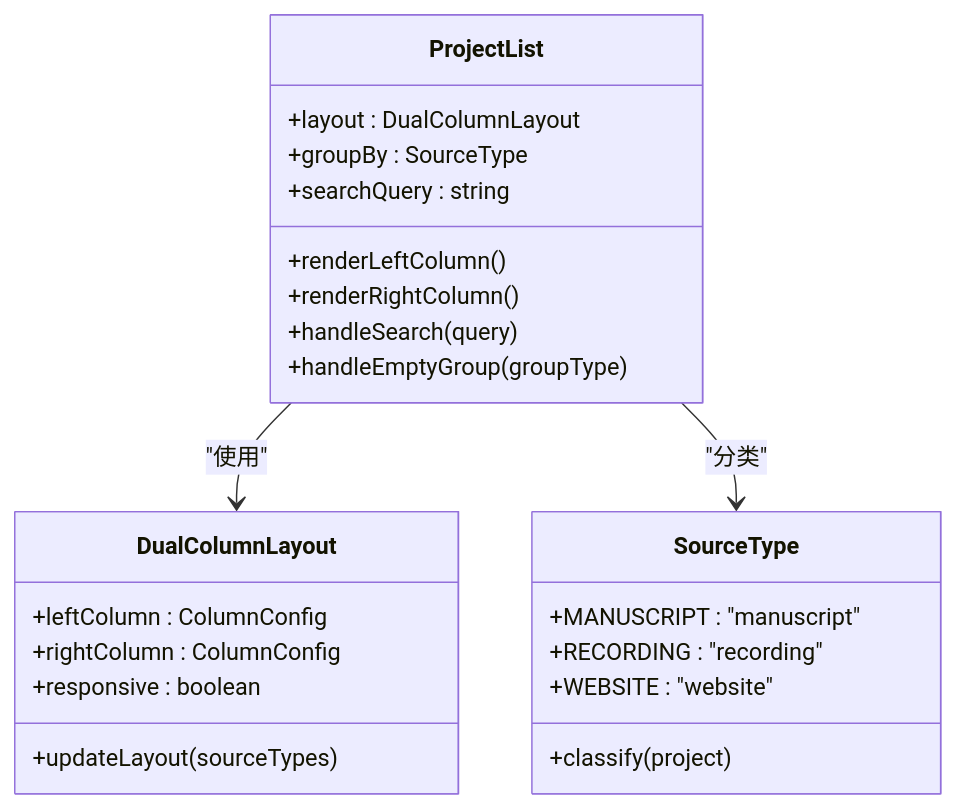
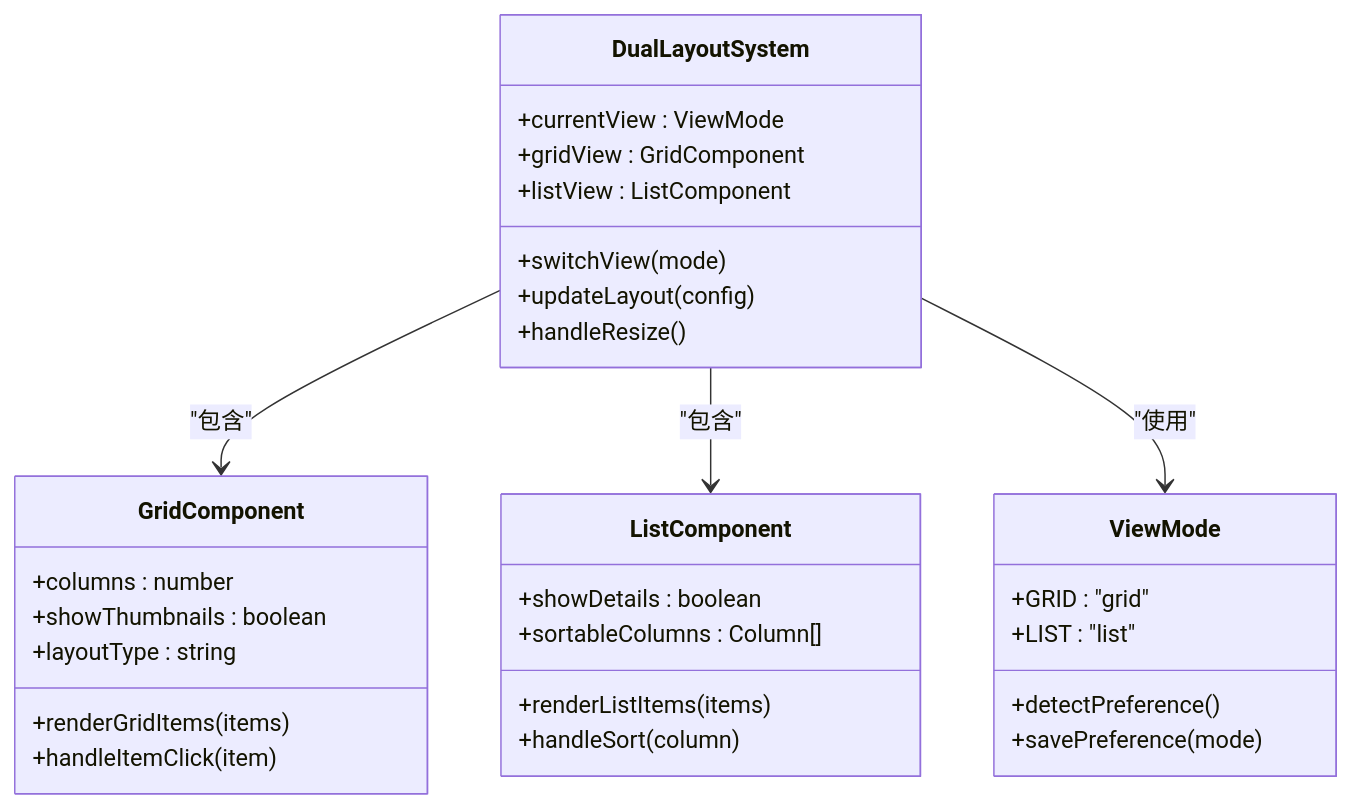
Before and after one commit to scottcwy/PurpleInk: the fourth of 18 diagrams in .qoder/repowiki/zh/content/项目管理/项目管理.md, drawn with Mermaid. The commit also changed other lines of this file and 23 other files, not shown here.

````diff
--- a/.qoder/repowiki/zh/content/项目管理/项目管理.md
+++ b/.qoder/repowiki/zh/content/项目管理/项目管理.md
@@ -227,26 +255,33 @@
 ```mermaid
 classDiagram
-class ProjectList {
-+layout : DualColumnLayout
-+groupBy : SourceType
-+searchQuery : string
-+renderLeftColumn()
-+renderRightColumn()
-+handleSearch(query)
-+handleEmptyGroup(groupType)
+class DualLayoutSystem {
++currentView : ViewMode
++gridView : GridComponent
++listView : ListComponent
++switchView(mode)
++updateLayout(config)
++handleResize()
 }
-class DualColumnLayout {
-+leftColumn : ColumnConfig
-+rightColumn : ColumnConfig
-+responsive : boolean
-+updateLayout(sourceTypes)
+class GridComponent {
++columns : number
++showThumbnails : boolean
++layoutType : string
++renderGridItems(items)
++handleItemClick(item)
 }
-class SourceType {
-+MANUSCRIPT : "manuscript"
-+RECORDING : "recording"
-+WEBSITE : "website"
-+classify(project)
+class ListComponent {
++showDetails : boolean
++sortableColumns : Column[]
++renderListItems(items)
++handleSort(column)
 }
-ProjectList --> DualColumnLayout : "使用"
-ProjectList --> SourceType : "分类"
+class ViewMode {
++GRID : "grid"
++LIST : "list"
++detectPreference()
++savePreference(mode)
+}
+DualLayoutSystem --> GridComponent : "包含"
+DualLayoutSystem --> ListComponent : "包含"
+DualLayoutSystem --> ViewMode : "使用"
 ```
````
